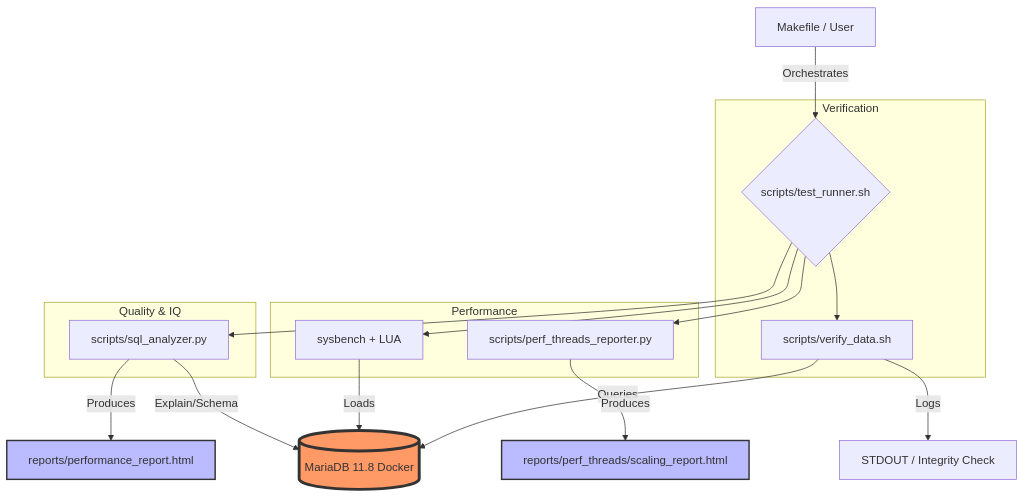
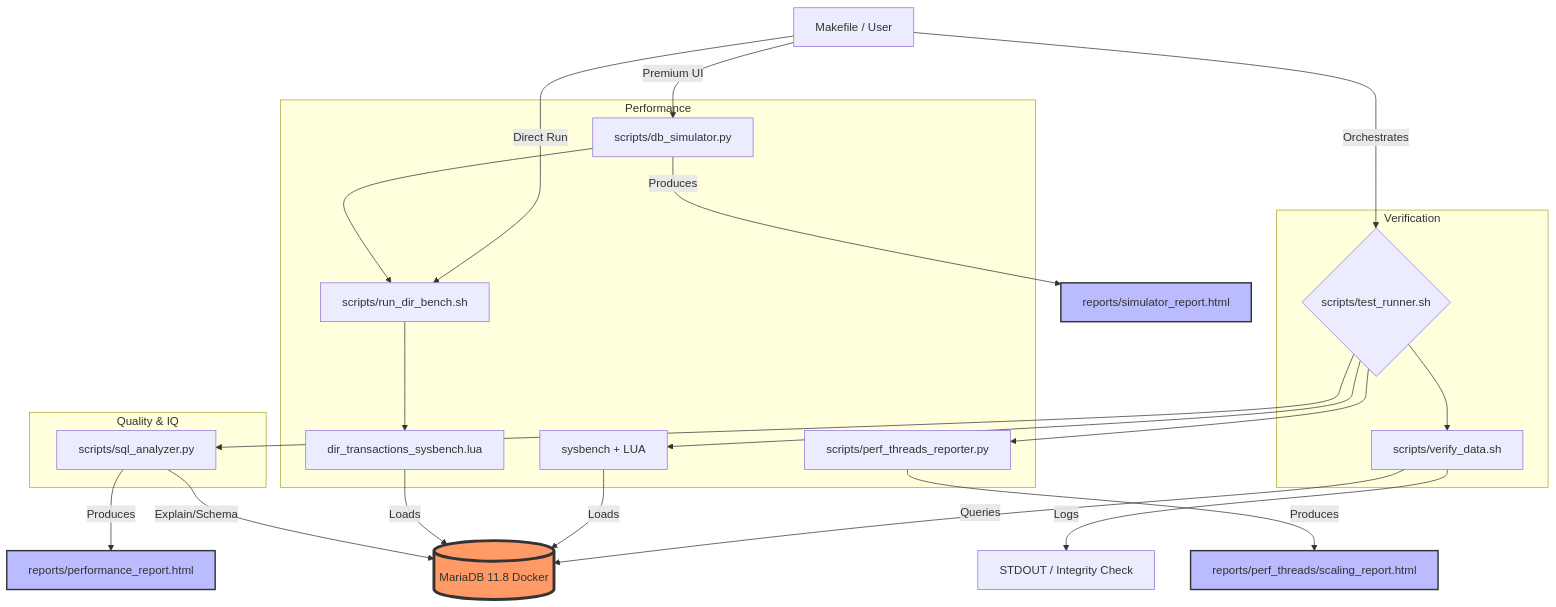
The diagram in documentation/en/tools_guide.md (jmrenouard/test_db), drawn with Mermaid before and after one commit. The commit also changed other lines of this file and 11 other files, not shown here.

Commit message:
feat: release 1.3.9 - generic simulator and premium reporting

````diff
--- a/documentation/en/tools_guide.md
+++ b/documentation/en/tools_guide.md
@@ -75,29 +77,36 @@
 ```mermaid
 graph TD
     A[Makefile / User] -- Orchestrates --> B{scripts/test_runner.sh}
+    A -- Direct Run --> B2[scripts/run_dir_bench.sh]
+    A -- Premium UI --> B3[scripts/db_simulator.py]
     
     subgraph "Verification"
     B --> C[scripts/verify_data.sh]
     end
 
     subgraph "Performance"
     B --> D[sysbench + LUA]
     B --> E[scripts/perf_threads_reporter.py]
+    B2 --> D2[dir_transactions_sysbench.lua]
+    B3 --> B2
     end
 
     subgraph "Quality & IQ"
     B --> F[scripts/sql_analyzer.py]
     end
 
     C -- "Queries" --> G[(MariaDB 11.8 Docker)]
     D -- "Loads" --> G
+    D2 -- "Loads" --> G
     F -- "Explain/Schema" --> G
 
     F -- "Produces" --> H[reports/performance_report.html]
     E -- "Produces" --> I[reports/perf_threads/scaling_report.html]
+    B3 -- "Produces" --> K[reports/simulator_report.html]
     C -- "Logs" --> J[STDOUT / Integrity Check]
     
     style G fill:#f96,stroke:#333,stroke-width:4px
     style H fill:#bbf,stroke:#333,stroke-width:2px
     style I fill:#bbf,stroke:#333,stroke-width:2px
+    style K fill:#bbf,stroke:#333,stroke-width:2px
 ```
````
